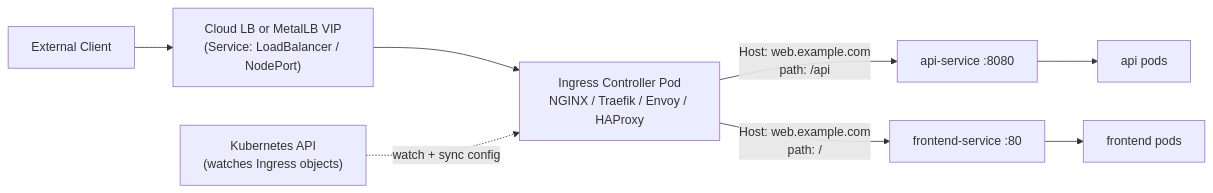
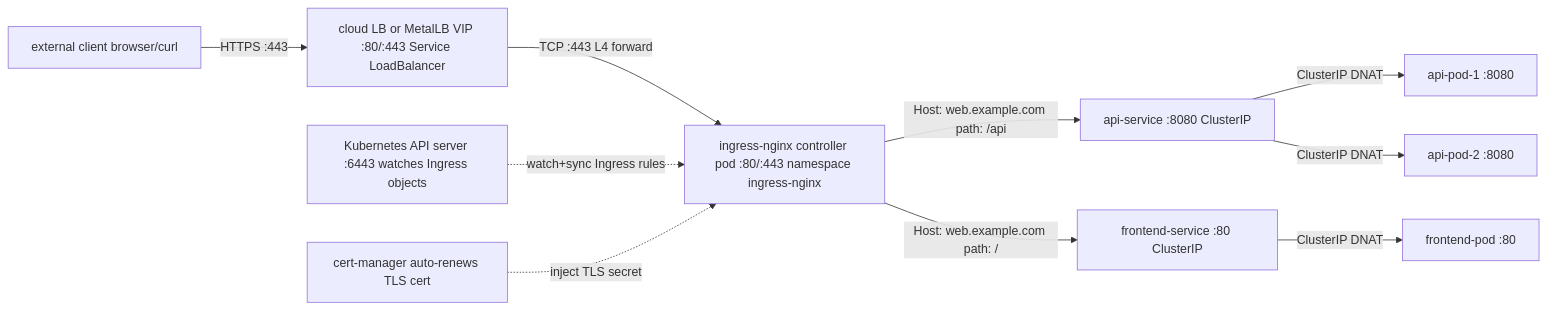
The first of 2 diagrams in lessons/17-ingress-controllers.md (MykolaLebid/Kubernetes_networking_engineering), drawn with Mermaid before and after one commit. The commit also changed other lines of this file and 35 other files, not shown here.

First line of the commit message:
Restructure all 34 lessons: Theory/Practice split, richer diagrams, industry examples, navigation

````diff
--- a/lessons/17-ingress-controllers.md
+++ b/lessons/17-ingress-controllers.md
@@ -83,19 +21,23 @@
 ```mermaid
 flowchart LR
-    Client["External Client"]
-    LB["Cloud LB or MetalLB VIP\n(Service: LoadBalancer / NodePort)"]
-    IC["Ingress Controller Pod\nNGINX / Traefik / Envoy / HAProxy"]
-    API["Kubernetes API\n(watches Ingress objects)"]
-    SVC1["api-service :8080"]
-    SVC2["frontend-service :80"]
-    P1["api pods"]
-    P2["frontend pods"]
+    Client["external client browser/curl"]
+    LB["cloud LB or MetalLB VIP :80/:443 Service LoadBalancer"]
+    IC["ingress-nginx controller pod :80/:443 namespace ingress-nginx"]
+    API["Kubernetes API server :6443 watches Ingress objects"]
+    SVC1["api-service :8080 ClusterIP"]
+    SVC2["frontend-service :80 ClusterIP"]
+    P1["api-pod-1 :8080"]
+    P2["api-pod-2 :8080"]
+    P3["frontend-pod :80"]
+    TLS["cert-manager auto-renews TLS cert"]
 
-    Client --> LB
-    LB --> IC
-    IC -->|"Host: web.example.com\npath: /api"| SVC1
-    IC -->|"Host: web.example.com\npath: /"| SVC2
-    SVC1 --> P1
-    SVC2 --> P2
-    API -.->|"watch + sync config"| IC
+    Client --"HTTPS :443"--> LB
+    LB --"TCP :443 L4 forward"--> IC
+    IC --"Host: web.example.com path: /api"--> SVC1
+    IC --"Host: web.example.com path: /"--> SVC2
+    SVC1 --"ClusterIP DNAT"--> P1
+    SVC1 --"ClusterIP DNAT"--> P2
+    SVC2 --"ClusterIP DNAT"--> P3
+    API -."watch+sync Ingress rules".-> IC
+    TLS -."inject TLS secret".-> IC
 ```
````
